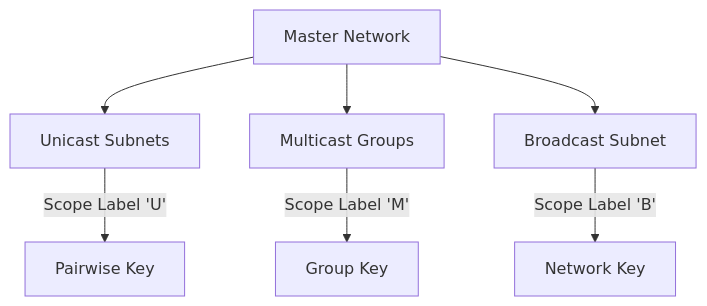
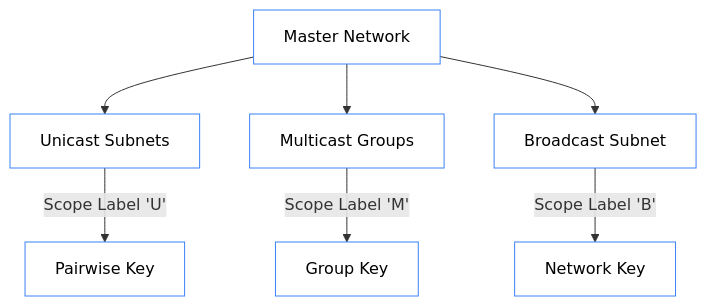
Before and after one commit to qshosfw/hermes: the diagram in src/docs/content/docs/rfc/network/01-addressing.mdx, drawn with Mermaid. The commit also changed other lines of this file and 29 other files, not shown here.

````diff
--- a/src/docs/content/docs/rfc/network/01-addressing.mdx
+++ b/src/docs/content/docs/rfc/network/01-addressing.mdx
@@ -89,10 +89,13 @@
 ```mermaid
 graph TD
     M[Master Network] --> U[Unicast Subnets]
     M --> G[Multicast Groups]
     M --> B[Broadcast Subnet]
     
     U -->|Scope Label 'U'| U_Key[Pairwise Key]
     G -->|Scope Label 'M'| G_Key[Group Key]
     B -->|Scope Label 'B'| B_Key[Network Key]
+
+    classDef normal fill:transparent,stroke:#3b82f6,stroke-width:1px,color:inherit
+    class M,U,G,B,U_Key,G_Key,B_Key normal
 ```
````
